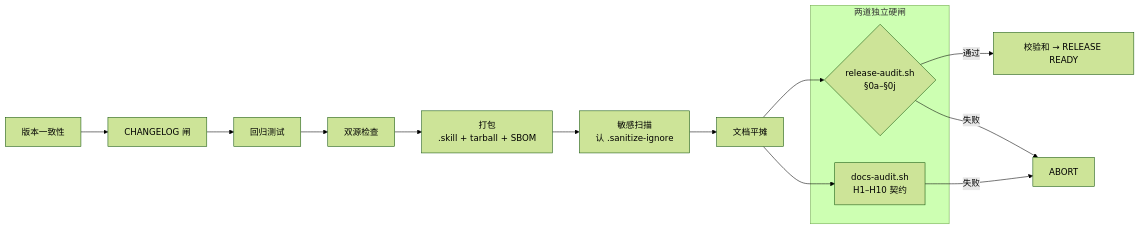
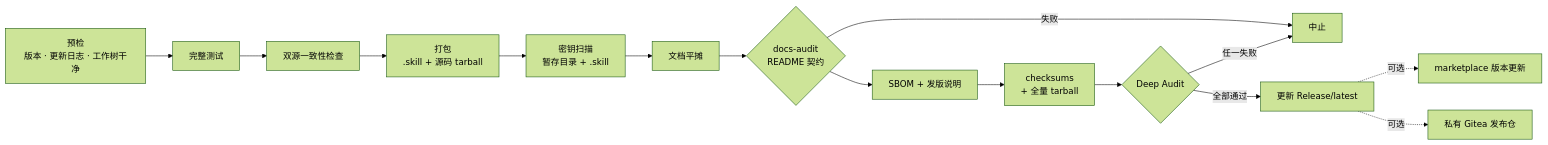
One commit to tkxlab-ai/GitX changed the diagram in README_CN.md. Above: the diagram before and after it, drawn with Mermaid (forest theme). The commit also changed other lines of this file and 21 other files, not shown here.

First line of the commit message:
release: git_release_skill v1.13.1

````diff
--- a/README_CN.md
+++ b/README_CN.md
@@ -310,18 +122,17 @@
 ```mermaid
 flowchart LR
-  A[版本一致性] --> B[CHANGELOG 闸]
-  B --> C[回归测试]
-  C --> D[双源检查]
-  D --> E[打包<br/>.skill + tarball + SBOM]
-  E --> F[敏感扫描<br/>认 .sanitize-ignore]
-  F --> G[文档平摊]
-  G --> H{release-audit.sh<br/>§0a–§0j}
-  H -->|通过| I[校验和 → RELEASE READY]
-  H -->|失败| X[ABORT]
-  subgraph gates [两道独立硬闸]
-    H
-    J[docs-audit.sh<br/>H1–H10 契约]
-  end
-  G --> J
+  A[预检<br/>版本 · 更新日志 · 工作树干净] --> B[完整测试]
+  B --> C[双源一致性检查]
+  C --> D[打包<br/>.skill + 源码 tarball]
+  D --> E[密钥扫描<br/>暂存目录 + .skill]
+  E --> F[文档平摊]
+  F --> J{docs-audit<br/>README 契约}
   J -->|失败| X
+  J --> K[SBOM + 发版说明]
+  K --> G[checksums<br/>+ 全量 tarball]
+  G --> H{Deep Audit}
+  H -->|全部通过| I[更新 Release/latest]
+  H -->|任一失败| X[中止]
+  I -.可选.-> M[marketplace 版本更新]
+  I -.可选.-> N[私有 Gitea 发布仓]
 ```
````
